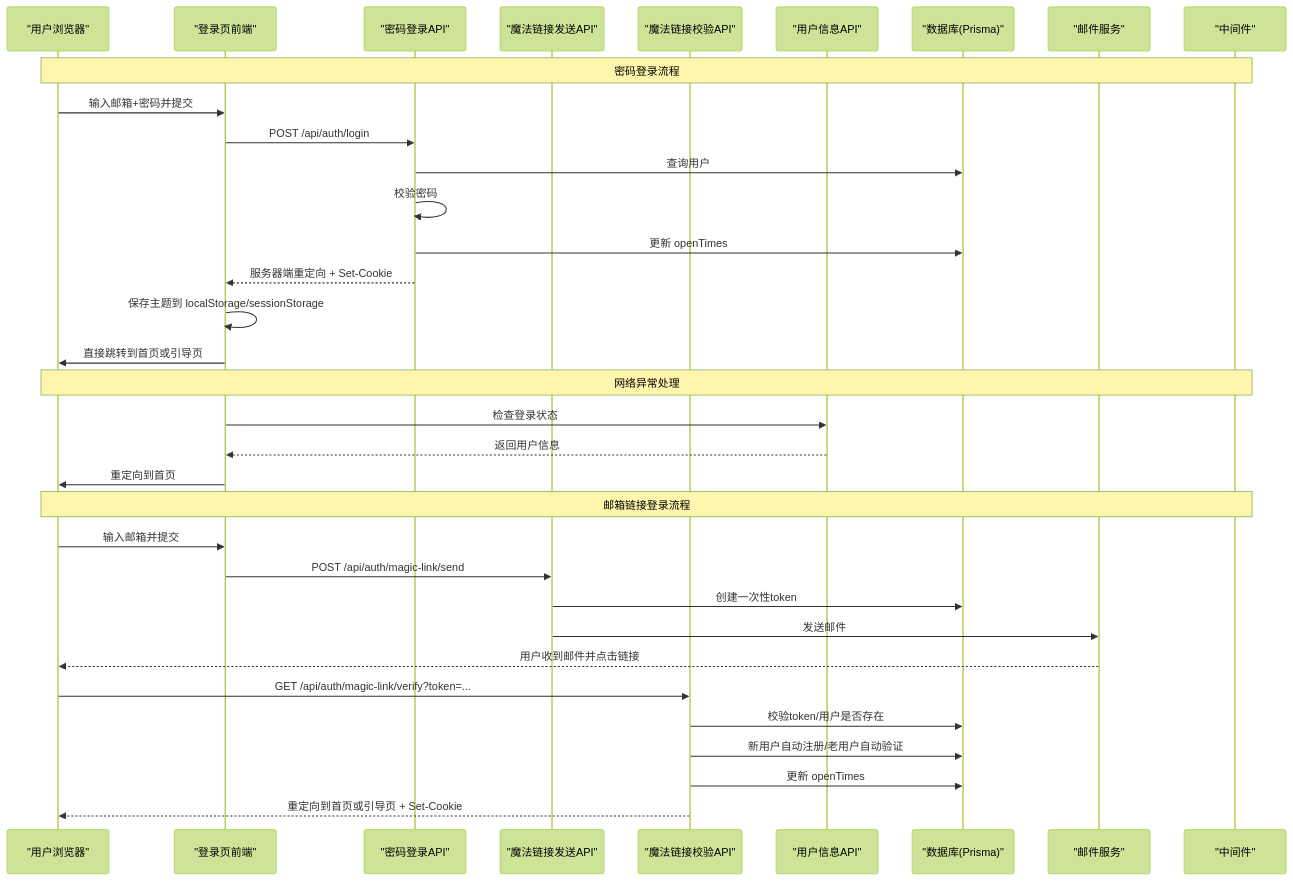
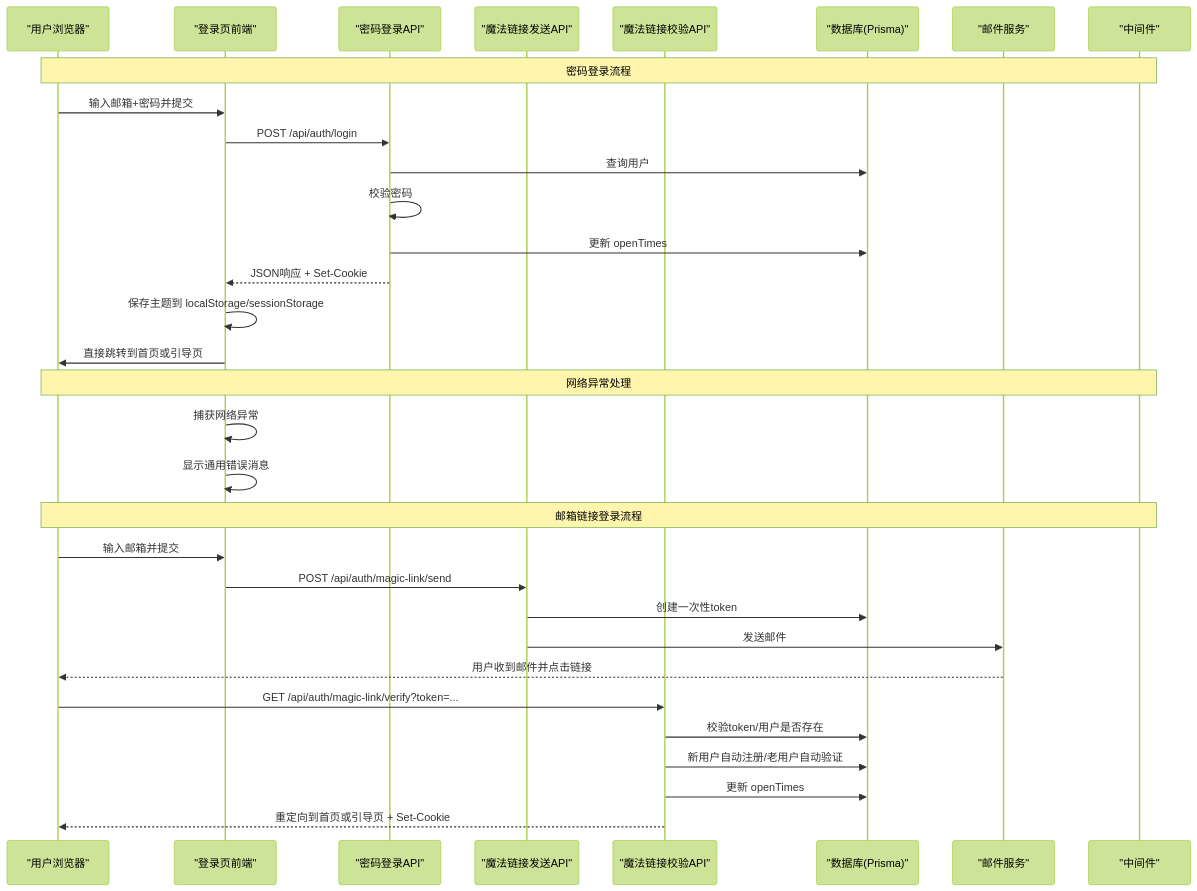
One commit to kangkang919/xinya changed the second of 10 diagrams in .qoder/repowiki/zh/content/用户认证系统/登录页面调试功能.md. Above: the diagram before and after it, drawn with Mermaid (forest theme). The commit also changed other lines of this file and 35 other files, not shown here.

````diff
--- a/.qoder/repowiki/zh/content/用户认证系统/登录页面调试功能.md
+++ b/.qoder/repowiki/zh/content/用户认证系统/登录页面调试功能.md
@@ -148,36 +138,34 @@
 ```mermaid
 sequenceDiagram
 participant U as "用户浏览器"
 participant F as "登录页前端"
 participant RL as "密码登录API"
 participant MS as "魔法链接发送API"
 participant MV as "魔法链接校验API"
-participant AM as "用户信息API"
 participant DB as "数据库(Prisma)"
 participant Mail as "邮件服务"
 participant MW as "中间件"
 Note over U,MW : 密码登录流程
 U->>F : 输入邮箱+密码并提交
 F->>RL : POST /api/auth/login
 RL->>DB : 查询用户
 RL->>RL : 校验密码
 RL->>DB : 更新 openTimes
-RL-->>F : 服务器端重定向 + Set-Cookie
+RL-->>F : JSON响应 + Set-Cookie
 F->>F : 保存主题到 localStorage/sessionStorage
 F->>U : 直接跳转到首页或引导页
 Note over U,MW : 网络异常处理
-F->>AM : 检查登录状态
-AM-->>F : 返回用户信息
-F->>U : 重定向到首页
+F->>F : 捕获网络异常
+F->>F : 显示通用错误消息
 Note over U,MW : 邮箱链接登录流程
 U->>F : 输入邮箱并提交
 F->>MS : POST /api/auth/magic-link/send
 MS->>DB : 创建一次性token
 MS->>Mail : 发送邮件
 Mail-->>U : 用户收到邮件并点击链接
 U->>MV : GET /api/auth/magic-link/verify?token=...
 MV->>DB : 校验token/用户是否存在
 MV->>DB : 新用户自动注册/老用户自动验证
 MV->>DB : 更新 openTimes
 MV-->>U : 重定向到首页或引导页 + Set-Cookie
 ```
````
